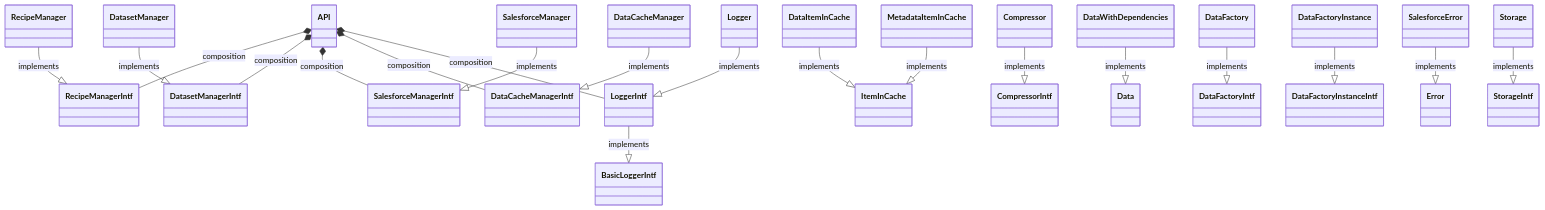
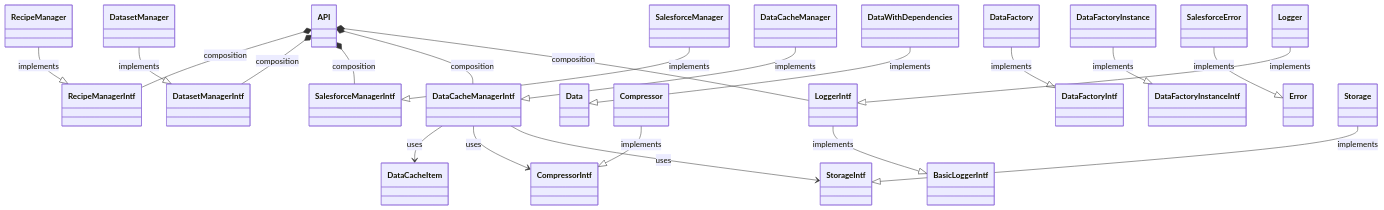
Before and after one commit to SalesforceLabs/OrgCheck: the first of 3 diagrams in docs/index8.classdiagram.md, drawn with Mermaid.

Commit message:
Update class diagram with new relationships

````diff
--- a/docs/index8.classdiagram.md
+++ b/docs/index8.classdiagram.md
@@ -12,22 +12,23 @@
 ```mermaid
 classDiagram
 API *-- RecipeManagerIntf : composition
 API *-- DatasetManagerIntf : composition
 API *-- SalesforceManagerIntf : composition
 API *-- DataCacheManagerIntf : composition
 API *-- LoggerIntf : composition
 DataCacheManager --|> DataCacheManagerIntf : implements
-DataItemInCache --|> ItemInCache : implements
-MetadataItemInCache --|> ItemInCache : implements
+DataCacheManagerIntf --> DataCacheItem : uses
 Compressor --|> CompressorIntf : implements
+DataCacheManagerIntf --> CompressorIntf : uses
+DataCacheManagerIntf --> StorageIntf : uses
 DataWithDependencies --|> Data : implements
 DataFactory --|> DataFactoryIntf : implements
 DataFactoryInstance --|> DataFactoryInstanceIntf : implements
 DatasetManager --|> DatasetManagerIntf : implements
 Logger --|> LoggerIntf : implements
 LoggerIntf --|> BasicLoggerIntf : implements
 RecipeManager --|> RecipeManagerIntf : implements
 SalesforceManager --|> SalesforceManagerIntf : implements
 SalesforceError --|> Error : implements
 Storage --|> StorageIntf : implements
 ```
````
